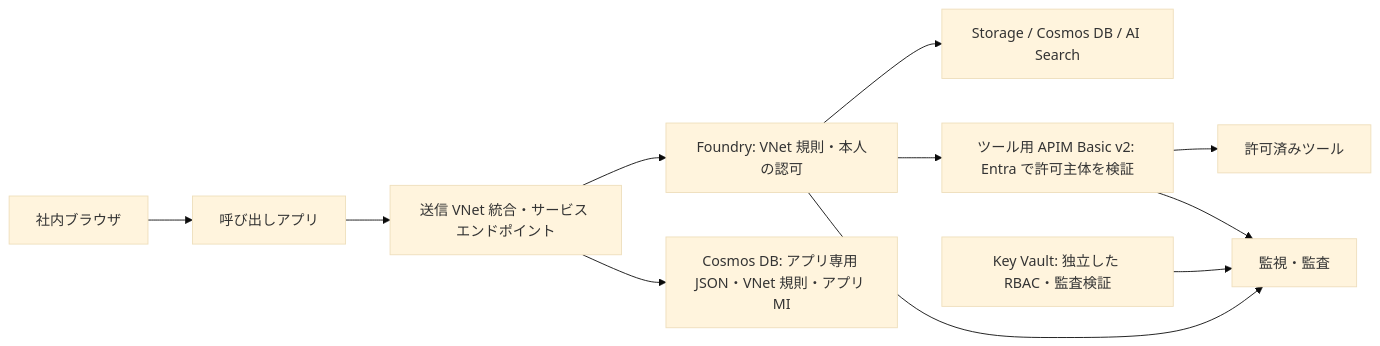
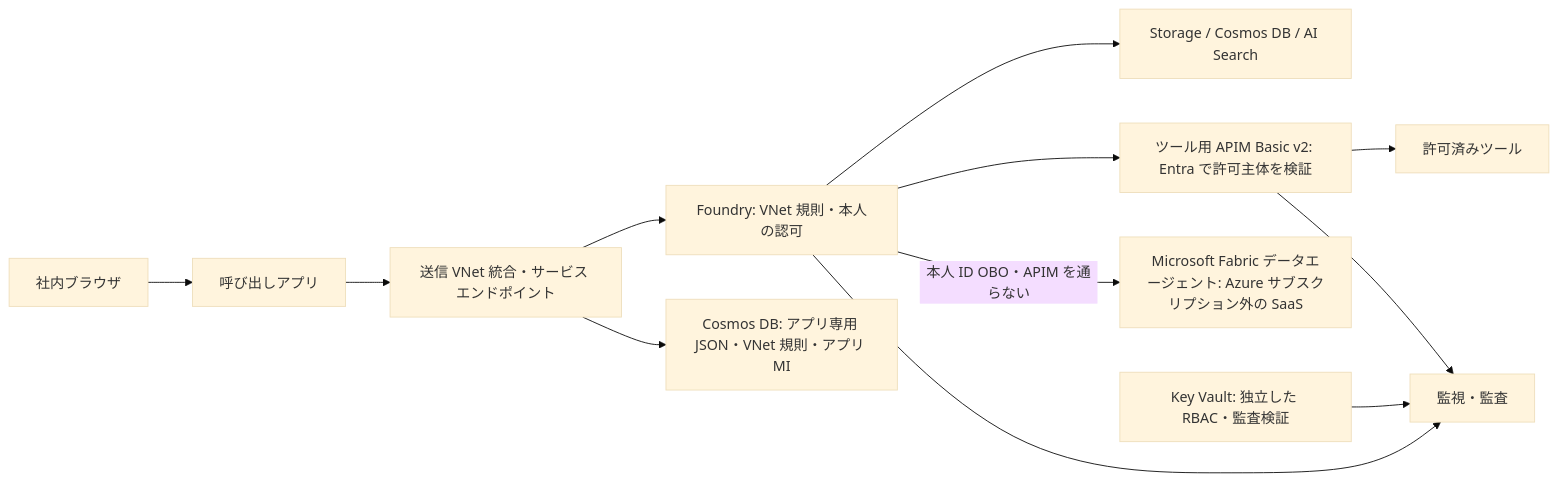
One commit to foundry-friends/azure-agent-governance-lab changed the diagram in README.md. Above: the diagram before and after it, drawn with Mermaid (base theme). The commit also changed other lines of this file and 15 other files, not shown here.

````diff
--- a/README.md
+++ b/README.md
@@ -57,13 +59,14 @@
 ```mermaid
 flowchart LR
   U[社内ブラウザ] --> A[呼び出しアプリ]
   A --> V[送信 VNet 統合・サービス エンドポイント]
   V --> F[Foundry: VNet 規則・本人の認可]
   V --> C[Cosmos DB: アプリ専用 JSON・VNet 規則・アプリ MI]
   F --> D[Storage / Cosmos DB / AI Search]
   F --> G[ツール用 APIM Basic v2: Entra で許可主体を検証]
   G --> T[許可済みツール]
+  F -->|本人 ID OBO・APIM を通らない| FB[Microsoft Fabric データエージェント: Azure サブスクリプション外の SaaS]
   F --> M[監視・監査]
   G --> M
   K[Key Vault: 独立した RBAC・監査検証] --> M
 ```
````
